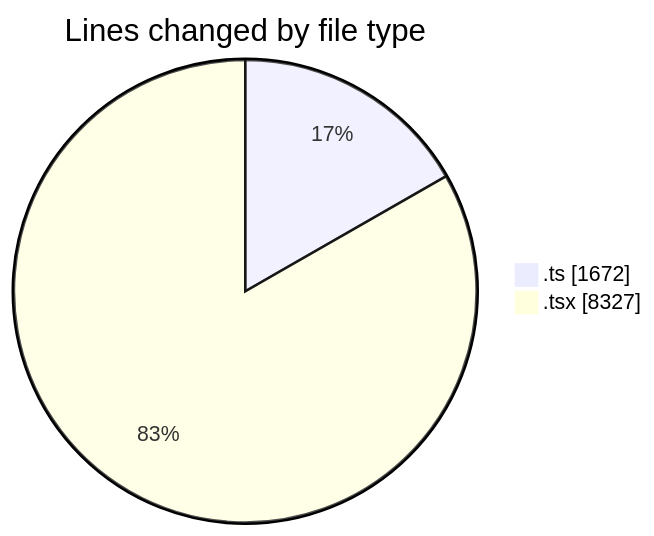
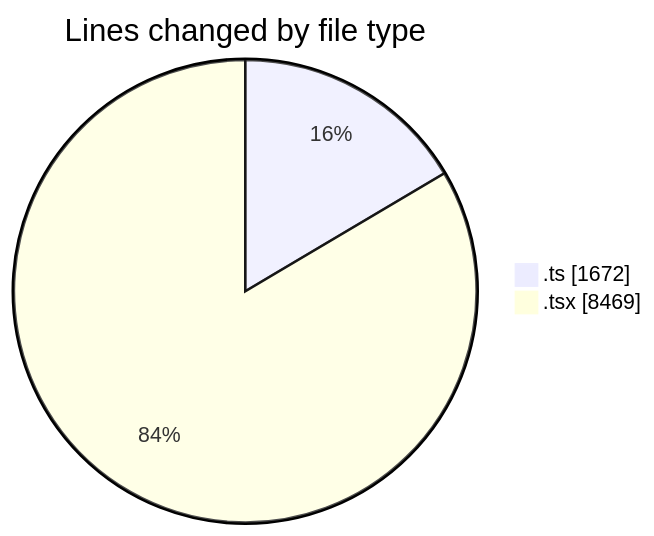
The first of 2 diagrams in 2026-08-21/nxtqube_webapp/README.md (nxtqubesakshisongat/code-tracking), drawn with Mermaid before and after one commit. The commit also changed other lines of this file and 1 other file, not shown here.

````diff
--- a/2026-08-21/nxtqube_webapp/README.md
+++ b/2026-08-21/nxtqube_webapp/README.md
@@ -42,6 +42,6 @@
 ```mermaid
 pie showData
 title Lines changed by file type
 ".ts" : 1672
-".tsx" : 8327
+".tsx" : 8469
 ```
````
